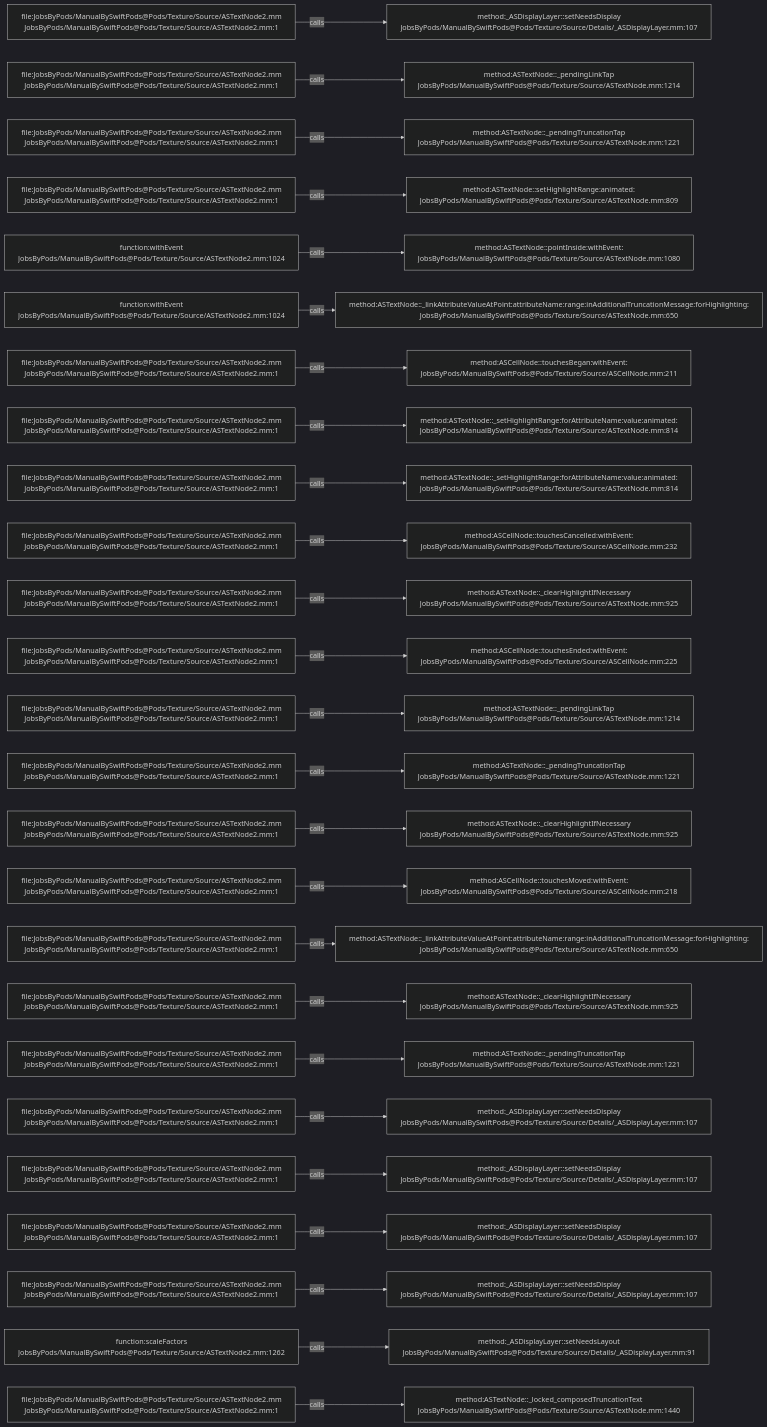
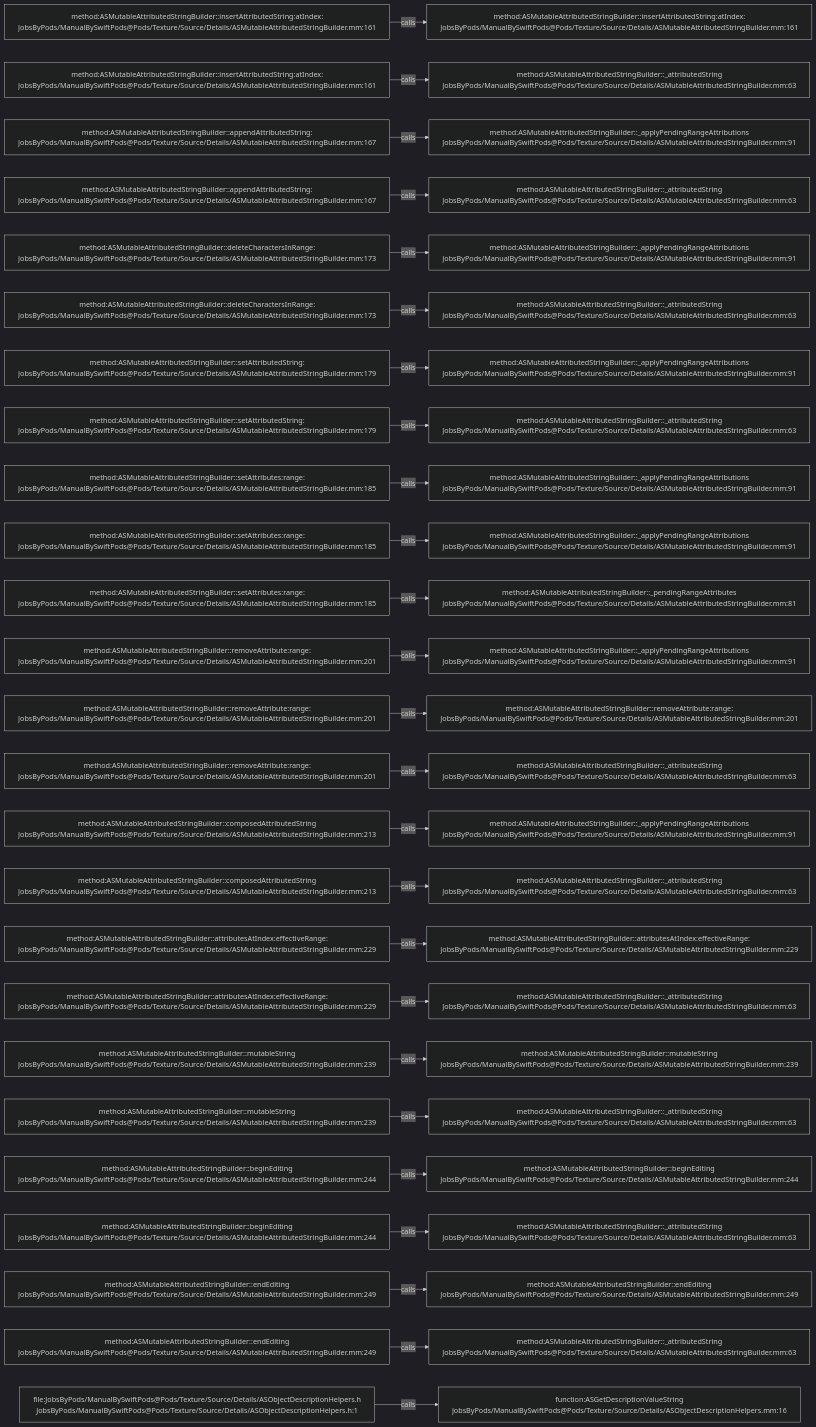
Before and after one commit to JobsKits/JobsSwiftBaseConfigDemo: the diagram in .codegraph/codegraph.md/graphs/calls-091.md, drawn with Mermaid (dark theme). The commit also changed 832 other files, not shown here.

````diff
--- a/.codegraph/codegraph.md/graphs/calls-091.md
+++ b/.codegraph/codegraph.md/graphs/calls-091.md
@@ -13,78 +13,78 @@
 ```mermaid
 flowchart LR
-  S1["file:JobsByPods/ManualBySwiftPods@Pods/Texture/Source/ASTextNode2.mm<br/>JobsByPods/ManualBySwiftPods@Pods/Texture/Source/ASTextNode2.mm:1"]
-  T1["method:_ASDisplayLayer::setNeedsDisplay<br/>JobsByPods/ManualBySwiftPods@Pods/Texture/Source/Details/_ASDisplayLayer.mm:107"]
+  S1["method:ASMutableAttributedStringBuilder::insertAttributedString:atIndex:<br/>JobsByPods/ManualBySwiftPods@Pods/Texture/Source/Details/ASMutableAttributedStringBuilder.mm:161"]
+  T1["method:ASMutableAttributedStringBuilder::insertAttributedString:atIndex:<br/>JobsByPods/ManualBySwiftPods@Pods/Texture/Source/Details/ASMutableAttributedStringBuilder.mm:161"]
   S1 -->|calls| T1
-  S2["file:JobsByPods/ManualBySwiftPods@Pods/Texture/Source/ASTextNode2.mm<br/>JobsByPods/ManualBySwiftPods@Pods/Texture/Source/ASTextNode2.mm:1"]
-  T2["method:ASTextNode::_pendingLinkTap<br/>JobsByPods/ManualBySwiftPods@Pods/Texture/Source/ASTextNode.mm:1214"]
+  S2["method:ASMutableAttributedStringBuilder::insertAttributedString:atIndex:<br/>JobsByPods/ManualBySwiftPods@Pods/Texture/Source/Details/ASMutableAttributedStringBuilder.mm:161"]
+  T2["method:ASMutableAttributedStringBuilder::_attributedString<br/>JobsByPods/ManualBySwiftPods@Pods/Texture/Source/Details/ASMutableAttributedStringBuilder.mm:63"]
   S2 -->|calls| T2
-  S3["file:JobsByPods/ManualBySwiftPods@Pods/Texture/Source/ASTextNode2.mm<br/>JobsByPods/ManualBySwiftPods@Pods/Texture/Source/ASTextNode2.mm:1"]
-  T3["method:ASTextNode::_pendingTruncationTap<br/>JobsByPods/ManualBySwiftPods@Pods/Texture/Source/ASTextNode.mm:1221"]
+  S3["method:ASMutableAttributedStringBuilder::appendAttributedString:<br/>JobsByPods/ManualBySwiftPods@Pods/Texture/Source/Details/ASMutableAttributedStringBuilder.mm:167"]
+  T3["method:ASMutableAttributedStringBuilder::_applyPendingRangeAttributions<br/>JobsByPods/ManualBySwiftPods@Pods/Texture/Source/Details/ASMutableAttributedStringBuilder.mm:91"]
   S3 -->|calls| T3
-  S4["file:JobsByPods/ManualBySwiftPods@Pods/Texture/Source/ASTextNode2.mm<br/>JobsByPods/ManualBySwiftPods@Pods/Texture/Source/ASTextNode2.mm:1"]
-  T4["method:ASTextNode::setHighlightRange:animated:<br/>JobsByPods/ManualBySwiftPods@Pods/Texture/Source/ASTextNode.mm:809"]
+  S4["method:ASMutableAttributedStringBuilder::appendAttributedString:<br/>JobsByPods/ManualBySwiftPods@Pods/Texture/Source/Details/ASMutableAttributedStringBuilder.mm:167"]
+  T4["method:ASMutableAttributedStringBuilder::_attributedString<br/>JobsByPods/ManualBySwiftPods@Pods/Texture/Source/Details/ASMutableAttributedStringBuilder.mm:63"]
   S4 -->|calls| T4
-  S5["function:withEvent<br/>JobsByPods/ManualBySwiftPods@Pods/Texture/Source/ASTextNode2.mm:1024"]
-  T5["method:ASTextNode::pointInside:withEvent:<br/>JobsByPods/ManualBySwiftPods@Pods/Texture/Source/ASTextNode.mm:1080"]
+  S5["method:ASMutableAttributedStringBuilder::deleteCharactersInRange:<br/>JobsByPods/ManualBySwiftPods@Pods/Texture/Source/Details/ASMutableAttributedStringBuilder.mm:173"]
+  T5["method:ASMutableAttributedStringBuilder::_applyPendingRangeAttributions<br/>JobsByPods/ManualBySwiftPods@Pods/Texture/Source/Details/ASMutableAttributedStringBuilder.mm:91"]
   S5 -->|calls| T5
-  S6["function:withEvent<br/>JobsByPods/ManualBySwiftPods@Pods/Texture/Source/ASTextNode2.mm:1024"]
-  T6["method:ASTextNode::_linkAttributeValueAtPoint:attributeName:range:inAdditionalTruncationMessage:forHighlighting:<br/>JobsByPods/ManualBySwiftPods@Pods/Texture/Source/ASTextNode.mm:650"]
+  S6["method:ASMutableAttributedStringBuilder::deleteCharactersInRange:<br/>JobsByPods/ManualBySwiftPods@Pods/Texture/Source/Details/ASMutableAttributedStringBuilder.mm:173"]
+  T6["method:ASMutableAttributedStringBuilder::_attributedString<br/>JobsByPods/ManualBySwiftPods@Pods/Texture/Source/Details/ASMutableAttributedStringBuilder.mm:63"]
   S6 -->|calls| T6
-  S7["file:JobsByPods/ManualBySwiftPods@Pods/Texture/Source/ASTextNode2.mm<br/>JobsByPods/ManualBySwiftPods@Pods/Texture/Source/ASTextNode2.mm:1"]
-  T7["method:ASCellNode::touchesBegan:withEvent:<br/>JobsByPods/ManualBySwiftPods@Pods/Texture/Source/ASCellNode.mm:211"]
+  S7["method:ASMutableAttributedStringBuilder::setAttributedString:<br/>JobsByPods/ManualBySwiftPods@Pods/Texture/Source/Details/ASMutableAttributedStringBuilder.mm:179"]
+  T7["method:ASMutableAttributedStringBuilder::_applyPendingRangeAttributions<br/>JobsByPods/ManualBySwiftPods@Pods/Texture/Source/Details/ASMutableAttributedStringBuilder.mm:91"]
   S7 -->|calls| T7
-  S8["file:JobsByPods/ManualBySwiftPods@Pods/Texture/Source/ASTextNode2.mm<br/>JobsByPods/ManualBySwiftPods@Pods/Texture/Source/ASTextNode2.mm:1"]
-  T8["method:ASTextNode::_setHighlightRange:forAttributeName:value:animated:<br/>JobsByPods/ManualBySwiftPods@Pods/Texture/Source/ASTextNode.mm:814"]
+  S8["method:ASMutableAttributedStringBuilder::setAttributedString:<br/>JobsByPods/ManualBySwiftPods@Pods/Texture/Source/Details/ASMutableAttributedStringBuilder.mm:179"]
+  T8["method:ASMutableAttributedStringBuilder::_attributedString<br/>JobsByPods/ManualBySwiftPods@Pods/Texture/Source/Details/ASMutableAttributedStringBuilder.mm:63"]
   S8 -->|calls| T8
-  S9["file:JobsByPods/ManualBySwiftPods@Pods/Texture/Source/ASTextNode2.mm<br/>JobsByPods/ManualBySwiftPods@Pods/Texture/Source/ASTextNode2.mm:1"]
-  T9["method:ASTextNode::_setHighlightRange:forAttributeName:value:animated:<br/>JobsByPods/ManualBySwiftPods@Pods/Texture/Source/ASTextNode.mm:814"]
+  S9["method:ASMutableAttributedStringBuilder::setAttributes:range:<br/>JobsByPods/ManualBySwiftPods@Pods/Texture/Source/Details/ASMutableAttributedStringBuilder.mm:185"]
+  T9["method:ASMutableAttributedStringBuilder::_applyPendingRangeAttributions<br/>JobsByPods/ManualBySwiftPods@Pods/Texture/Source/Details/ASMutableAttributedStringBuilder.mm:91"]
   S9 -->|calls| T9
-  S10["file:JobsByPods/ManualBySwiftPods@Pods/Texture/Source/ASTextNode2.mm<br/>JobsByPods/ManualBySwiftPods@Pods/Texture/Source/ASTextNode2.mm:1"]
-  T10["method:ASCellNode::touchesCancelled:withEvent:<br/>JobsByPods/ManualBySwiftPods@Pods/Texture/Source/ASCellNode.mm:232"]
+  S10["method:ASMutableAttributedStringBuilder::setAttributes:range:<br/>JobsByPods/ManualBySwiftPods@Pods/Texture/Source/Details/ASMutableAttributedStringBuilder.mm:185"]
+  T10["method:ASMutableAttributedStringBuilder::_applyPendingRangeAttributions<br/>JobsByPods/ManualBySwiftPods@Pods/Texture/Source/Details/ASMutableAttributedStringBuilder.mm:91"]
   S10 -->|calls| T10
-  S11["file:JobsByPods/ManualBySwiftPods@Pods/Texture/Source/ASTextNode2.mm<br/>JobsByPods/ManualBySwiftPods@Pods/Texture/Source/ASTextNode2.mm:1"]
-  T11["method:ASTextNode::_clearHighlightIfNecessary<br/>JobsByPods/ManualBySwiftPods@Pods/Texture/Source/ASTextNode.mm:925"]
+  S11["method:ASMutableAttributedStringBuilder::setAttributes:range:<br/>JobsByPods/ManualBySwiftPods@Pods/Texture/Source/Details/ASMutableAttributedStringBuilder.mm:185"]
+  T11["method:ASMutableAttributedStringBuilder::_pendingRangeAttributes<br/>JobsByPods/ManualBySwiftPods@Pods/Texture/Source/Details/ASMutableAttributedStringBuilder.mm:81"]
   S11 -->|calls| T11
-  S12["file:JobsByPods/ManualBySwiftPods@Pods/Texture/Source/ASTextNode2.mm<br/>JobsByPods/ManualBySwiftPods@Pods/Texture/Source/ASTextNode2.mm:1"]
-  T12["method:ASCellNode::touchesEnded:withEvent:<br/>JobsByPods/ManualBySwiftPods@Pods/Texture/Source/ASCellNode.mm:225"]
+  S12["method:ASMutableAttributedStringBuilder::removeAttribute:range:<br/>JobsByPods/ManualBySwiftPods@Pods/Texture/Source/Details/ASMutableAttributedStringBuilder.mm:201"]
+  T12["method:ASMutableAttributedStringBuilder::_applyPendingRangeAttributions<br/>JobsByPods/ManualBySwiftPods@Pods/Texture/Source/Details/ASMutableAttributedStringBuilder.mm:91"]
   S12 -->|calls| T12
-  S13["file:JobsByPods/ManualBySwiftPods@Pods/Texture/Source/ASTextNode2.mm<br/>JobsByPods/ManualBySwiftPods@Pods/Texture/Source/ASTextNode2.mm:1"]
-  T13["method:ASTextNode::_pendingLinkTap<br/>JobsByPods/ManualBySwiftPods@Pods/Texture/Source/ASTextNode.mm:1214"]
+  S13["method:ASMutableAttributedStringBuilder::removeAttribute:range:<br/>JobsByPods/ManualBySwiftPods@Pods/Texture/Source/Details/ASMutableAttributedStringBuilder.mm:201"]
+  T13["method:ASMutableAttributedStringBuilder::removeAttribute:range:<br/>JobsByPods/ManualBySwiftPods@Pods/Texture/Source/Details/ASMutableAttributedStringBuilder.mm:201"]
   S13 -->|calls| T13
-  S14["file:JobsByPods/ManualBySwiftPods@Pods/Texture/Source/ASTextNode2.mm<br/>JobsByPods/ManualBySwiftPods@Pods/Texture/Source/ASTextNode2.mm:1"]
-  T14["method:ASTextNode::_pendingTruncationTap<br/>JobsByPods/ManualBySwiftPods@Pods/Texture/Source/ASTextNode.mm:1221"]
+  S14["method:ASMutableAttributedStringBuilder::removeAttribute:range:<br/>JobsByPods/ManualBySwiftPods@Pods/Texture/Source/Details/ASMutableAttributedStringBuilder.mm:201"]
+  T14["method:ASMutableAttributedStringBuilder::_attributedString<br/>JobsByPods/ManualBySwiftPods@Pods/Texture/Source/Details/ASMutableAttributedStringBuilder.mm:63"]
   S14 -->|calls| T14
-  S15["file:JobsByPods/ManualBySwiftPods@Pods/Texture/Source/ASTextNode2.mm<br/>JobsByPods/ManualBySwiftPods@Pods/Texture/Source/ASTextNode2.mm:1"]
-  T15["method:ASTextNode::_clearHighlightIfNecessary<br/>JobsByPods/ManualBySwiftPods@Pods/Texture/Source/ASTextNode.mm:925"]
+  S15["method:ASMutableAttributedStringBuilder::composedAttributedString<br/>JobsByPods/ManualBySwiftPods@Pods/Texture/Source/Details/ASMutableAttributedStringBuilder.mm:213"]
+  T15["method:ASMutableAttributedStringBuilder::_applyPendingRangeAttributions<br/>JobsByPods/ManualBySwiftPods@Pods/Texture/Source/Details/ASMutableAttributedStringBuilder.mm:91"]
   S15 -->|calls| T15
-  S16["file:JobsByPods/ManualBySwiftPods@Pods/Texture/Source/ASTextNode2.mm<br/>JobsByPods/ManualBySwiftPods@Pods/Texture/Source/ASTextNode2.mm:1"]
-  T16["method:ASCellNode::touchesMoved:withEvent:<br/>JobsByPods/ManualBySwiftPods@Pods/Texture/Source/ASCellNode.mm:218"]
+  S16["method:ASMutableAttributedStringBuilder::composedAttributedString<br/>JobsByPods/ManualBySwiftPods@Pods/Texture/Source/Details/ASMutableAttributedStringBuilder.mm:213"]
+  T16["method:ASMutableAttributedStringBuilder::_attributedString<br/>JobsByPods/ManualBySwiftPods@Pods/Texture/Source/Details/ASMutableAttributedStringBuilder.mm:63"]
   S16 -->|calls| T16
-  S17["file:JobsByPods/ManualBySwiftPods@Pods/Texture/Source/ASTextNode2.mm<br/>JobsByPods/ManualBySwiftPods@Pods/Texture/Source/ASTextNode2.mm:1"]
-  T17["method:ASTextNode::_linkAttributeValueAtPoint:attributeName:range:inAdditionalTruncationMessage:forHighlighting:<br/>JobsByPods/ManualBySwiftPods@Pods/Texture/Source/ASTextNode.mm:650"]
+  S17["method:ASMutableAttributedStringBuilder::attributesAtIndex:effectiveRange:<br/>JobsByPods/ManualBySwiftPods@Pods/Texture/Source/Details/ASMutableAttributedStringBuilder.mm:229"]
+  T17["method:ASMutableAttributedStringBuilder::attributesAtIndex:effectiveRange:<br/>JobsByPods/ManualBySwiftPods@Pods/Texture/Source/Details/ASMutableAttributedStringBuilder.mm:229"]
   S17 -->|calls| T17
-  S18["file:JobsByPods/ManualBySwiftPods@Pods/Texture/Source/ASTextNode2.mm<br/>JobsByPods/ManualBySwiftPods@Pods/Texture/Source/ASTextNode2.mm:1"]
-  T18["method:ASTextNode::_clearHighlightIfNecessary<br/>JobsByPods/ManualBySwiftPods@Pods/Texture/Source/ASTextNode.mm:925"]
+  S18["method:ASMutableAttributedStringBuilder::attributesAtIndex:effectiveRange:<br/>JobsByPods/ManualBySwiftPods@Pods/Texture/Source/Details/ASMutableAttributedStringBuilder.mm:229"]
+  T18["method:ASMutableAttributedStringBuilder::_attributedString<br/>JobsByPods/ManualBySwiftPods@Pods/Texture/Source/Details/ASMutableAttributedStringBuilder.mm:63"]
   S18 -->|calls| T18
-  S19["file:JobsByPods/ManualBySwiftPods@Pods/Texture/Source/ASTextNode2.mm<br/>JobsByPods/ManualBySwiftPods@Pods/Texture/Source/ASTextNode2.mm:1"]
-  T19["method:ASTextNode::_pendingTruncationTap<br/>JobsByPods/ManualBySwiftPods@Pods/Texture/Source/ASTextNode.mm:1221"]
+  S19["method:ASMutableAttributedStringBuilder::mutableString<br/>JobsByPods/ManualBySwiftPods@Pods/Texture/Source/Details/ASMutableAttributedStringBuilder.mm:239"]
+  T19["method:ASMutableAttributedStringBuilder::mutableString<br/>JobsByPods/ManualBySwiftPods@Pods/Texture/Source/Details/ASMutableAttributedStringBuilder.mm:239"]
   S19 -->|calls| T19
-  S20["file:JobsByPods/ManualBySwiftPods@Pods/Texture/Source/ASTextNode2.mm<br/>JobsByPods/ManualBySwiftPods@Pods/Texture/Source/ASTextNode2.mm:1"]
-  T20["method:_ASDisplayLayer::setNeedsDisplay<br/>JobsByPods/ManualBySwiftPods@Pods/Texture/Source/Details/_ASDisplayLayer.mm:107"]
+  S20["method:ASMutableAttributedStringBuilder::mutableString<br/>JobsByPods/ManualBySwiftPods@Pods/Texture/Source/Details/ASMutableAttributedStringBuilder.mm:239"]
+  T20["method:ASMutableAttributedStringBuilder::_attributedString<br/>JobsByPods/ManualBySwiftPods@Pods/Texture/Source/Details/ASMutableAttributedStringBuilder.mm:63"]
   S20 -->|calls| T20
-  S21["file:JobsByPods/ManualBySwiftPods@Pods/Texture/Source/ASTextNode2.mm<br/>JobsByPods/ManualBySwiftPods@Pods/Texture/Source/ASTextNode2.mm:1"]
-  T21["method:_ASDisplayLayer::setNeedsDisplay<br/>JobsByPods/ManualBySwiftPods@Pods/Texture/Source/Details/_ASDisplayLayer.mm:107"]
+  S21["method:ASMutableAttributedStringBuilder::beginEditing<br/>JobsByPods/ManualBySwiftPods@Pods/Texture/Source/Details/ASMutableAttributedStringBuilder.mm:244"]
+  T21["method:ASMutableAttributedStringBuilder::beginEditing<br/>JobsByPods/ManualBySwiftPods@Pods/Texture/Source/Details/ASMutableAttributedStringBuilder.mm:244"]
   S21 -->|calls| T21
-  S22["file:JobsByPods/ManualBySwiftPods@Pods/Texture/Source/ASTextNode2.mm<br/>JobsByPods/ManualBySwiftPods@Pods/Texture/Source/ASTextNode2.mm:1"]
-  T22["method:_ASDisplayLayer::setNeedsDisplay<br/>JobsByPods/ManualBySwiftPods@Pods/Texture/Source/Details/_ASDisplayLayer.mm:107"]
+  S22["method:ASMutableAttributedStringBuilder::beginEditing<br/>JobsByPods/ManualBySwiftPods@Pods/Texture/Source/Details/ASMutableAttributedStringBuilder.mm:244"]
+  T22["method:ASMutableAttributedStringBuilder::_attributedString<br/>JobsByPods/ManualBySwiftPods@Pods/Texture/Source/Details/ASMutableAttributedStringBuilder.mm:63"]
   S22 -->|calls| T22
-  S23["file:JobsByPods/ManualBySwiftPods@Pods/Texture/Source/ASTextNode2.mm<br/>JobsByPods/ManualBySwiftPods@Pods/Texture/Source/ASTextNode2.mm:1"]
-  T23["method:_ASDisplayLayer::setNeedsDisplay<br/>JobsByPods/ManualBySwiftPods@Pods/Texture/Source/Details/_ASDisplayLayer.mm:107"]
+  S23["method:ASMutableAttributedStringBuilder::endEditing<br/>JobsByPods/ManualBySwiftPods@Pods/Texture/Source/Details/ASMutableAttributedStringBuilder.mm:249"]
+  T23["method:ASMutableAttributedStringBuilder::endEditing<br/>JobsByPods/ManualBySwiftPods@Pods/Texture/Source/Details/ASMutableAttributedStringBuilder.mm:249"]
   S23 -->|calls| T23
-  S24["function:scaleFactors<br/>JobsByPods/ManualBySwiftPods@Pods/Texture/Source/ASTextNode2.mm:1262"]
-  T24["method:_ASDisplayLayer::setNeedsLayout<br/>JobsByPods/ManualBySwiftPods@Pods/Texture/Source/Details/_ASDisplayLayer.mm:91"]
+  S24["method:ASMutableAttributedStringBuilder::endEditing<br/>JobsByPods/ManualBySwiftPods@Pods/Texture/Source/Details/ASMutableAttributedStringBuilder.mm:249"]
+  T24["method:ASMutableAttributedStringBuilder::_attributedString<br/>JobsByPods/ManualBySwiftPods@Pods/Texture/Source/Details/ASMutableAttributedStringBuilder.mm:63"]
   S24 -->|calls| T24
-  S25["file:JobsByPods/ManualBySwiftPods@Pods/Texture/Source/ASTextNode2.mm<br/>JobsByPods/ManualBySwiftPods@Pods/Texture/Source/ASTextNode2.mm:1"]
-  T25["method:ASTextNode::_locked_composedTruncationText<br/>JobsByPods/ManualBySwiftPods@Pods/Texture/Source/ASTextNode.mm:1440"]
+  S25["file:JobsByPods/ManualBySwiftPods@Pods/Texture/Source/Details/ASObjectDescriptionHelpers.h<br/>JobsByPods/ManualBySwiftPods@Pods/Texture/Source/Details/ASObjectDescriptionHelpers.h:1"]
+  T25["function:ASGetDescriptionValueString<br/>JobsByPods/ManualBySwiftPods@Pods/Texture/Source/Details/ASObjectDescriptionHelpers.mm:16"]
   S25 -->|calls| T25
 ```
````
